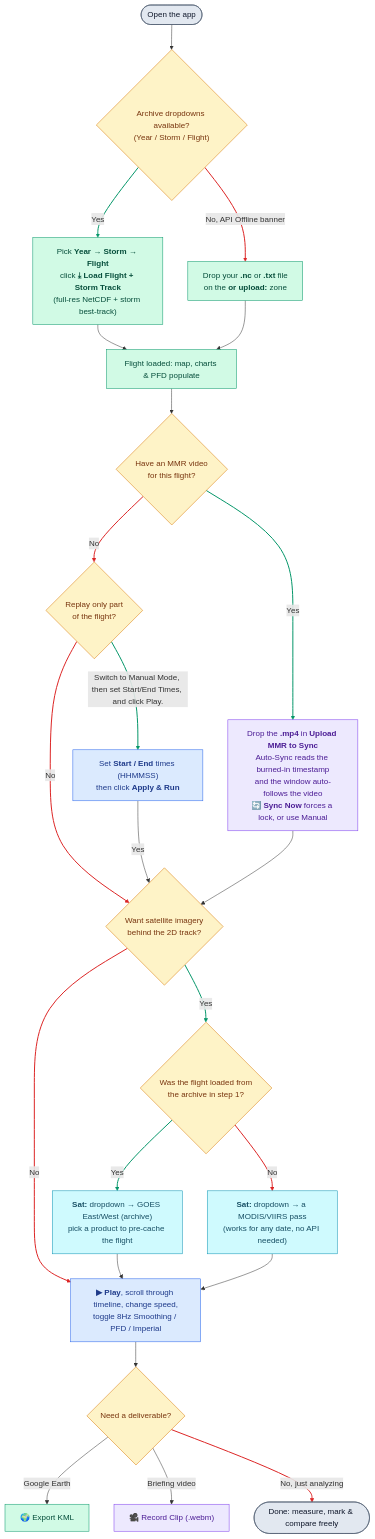
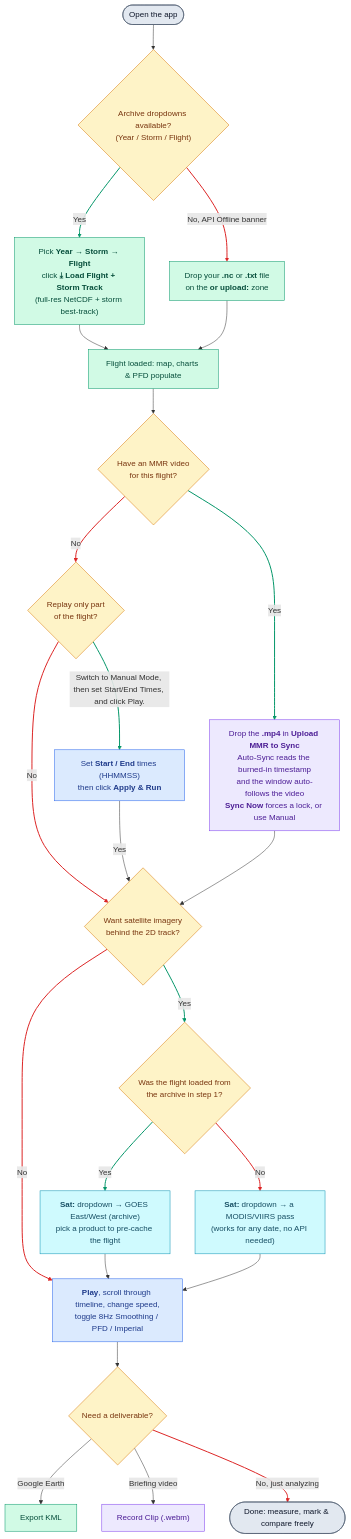
The diagram in README.md (diegoxb07/AOCVisualizer), drawn with Mermaid before and after one commit. The commit also changed other lines of this file and 18 other files, not shown here.

````diff
--- a/README.md
+++ b/README.md
@@ -17,41 +17,41 @@
 ```mermaid
 flowchart TD
     START(["Open the app"]) --> ARCHIVE{"Archive dropdowns available?<br>(Year / Storm / Flight)"}
     ARCHIVE -- "Yes" --> LOADARC["Pick <b>Year → Storm → Flight</b><br>click <b>⤓ Load Flight + Storm Track</b><br>(full-res NetCDF + storm best-track)"]
     ARCHIVE -- "No, API Offline banner" --> UPLOAD["Drop your <b>.nc</b> or <b>.txt</b> file<br>on the <b>or upload:</b> zone"]
     LOADARC --> LOADED["Flight loaded: map, charts & PFD populate"]
     UPLOAD --> LOADED
     LOADED --> MMR{"Have an MMR video<br>for this flight?"}
-    MMR -- "Yes" --> VIDEO["Drop the <b>.mp4</b> in <b>Upload MMR to Sync</b><br>Auto-Sync reads the burned-in timestamp<br>and the window auto-follows the video<br><b>🔄 Sync Now</b> forces a lock, or use Manual"]
+    MMR -- "Yes" --> VIDEO["Drop the <b>.mp4</b> in <b>Upload MMR to Sync</b><br>Auto-Sync reads the burned-in timestamp<br>and the window auto-follows the video<br><b>Sync Now</b> forces a lock, or use Manual"]
     MMR -- "No" --> WINDOW{"Replay only part<br>of the flight?"}
     WINDOW -- "Switch to Manual Mode, then set Start/End Times, and click Play." --> TRIM["Set <b>Start / End</b> times (HHMMSS)<br>then click <b>Apply & Run</b>"]
     WINDOW -- "No" --> SAT{"Want satellite imagery<br>behind the 2D track?"}
     TRIM -- "Yes" --> SAT
     VIDEO --> SAT
     SAT -- "Yes" --> FROMARC{"Was the flight loaded from<br>the archive in step 1?"}
     FROMARC -- "Yes" --> SATGOES["<b>Sat:</b> dropdown → GOES East/West (archive)<br>pick a product to pre-cache the flight"]
     FROMARC -- "No" --> SATPOLAR["<b>Sat:</b> dropdown → a MODIS/VIIRS pass<br>(works for any date, no API needed)"]
-    SAT -- "No" --> PLAY["<b>▶ Play</b>, scroll through timeline, change speed,<br>toggle 8Hz Smoothing / PFD / Imperial"]
+    SAT -- "No" --> PLAY["<b>Play</b>, scroll through timeline, change speed,<br>toggle 8Hz Smoothing / PFD / Imperial"]
     SATGOES --> PLAY
     SATPOLAR --> PLAY
     PLAY --> EXPORT{"Need a deliverable?"}
-    EXPORT -- "Google Earth" --> KML["🌍 Export KML"]
-    EXPORT -- "Briefing video" --> CLIP["🎥 Record Clip (.webm)"]
+    EXPORT -- "Google Earth" --> KML["Export KML"]
+    EXPORT -- "Briefing video" --> CLIP["Record Clip (.webm)"]
     EXPORT -- "No, just analyzing" --> DONE(["Done: measure, mark & compare freely"])
 
     classDef decision fill:#fef3c7,stroke:#d97706,color:#78350f
     classDef data fill:#d1fae5,stroke:#059669,color:#064e3b
     classDef mmr fill:#ede9fe,stroke:#7c3aed,color:#4c1d95
     classDef sat fill:#cffafe,stroke:#0891b2,color:#164e63
     classDef playback fill:#dbeafe,stroke:#2563eb,color:#1e3a8a
     classDef term fill:#e2e8f0,stroke:#475569,color:#0f172a
     class ARCHIVE,MMR,WINDOW,SAT,FROMARC,EXPORT decision
     class LOADARC,UPLOAD,LOADED,KML data
     class VIDEO,CLIP mmr
     class SATGOES,SATPOLAR sat
     class TRIM,PLAY playback
     class START,DONE term
     %% linkStyle numbers = edge definition order above; update them if edges are added or reordered
     linkStyle 1,6,8,12,13 stroke:#059669,stroke-width:2px
     linkStyle 2,7,9,14,15,21 stroke:#dc2626,stroke-width:2px
 ```
````
